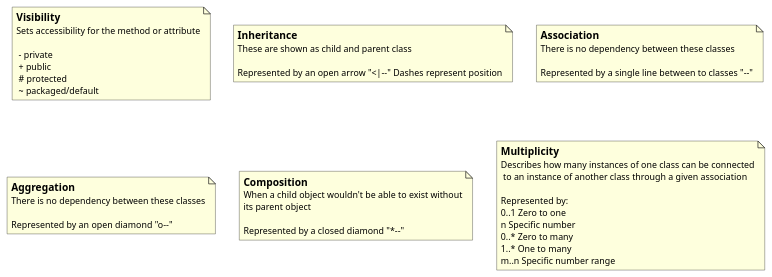
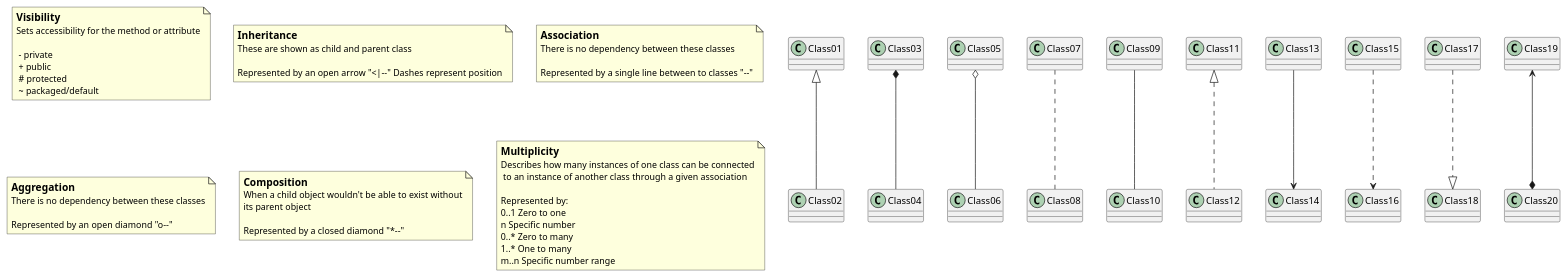
One commit to bradburp/guidos changed the diagram in src/main/resources/uml/UMLTypesAndExamples.puml. Above: the diagram before and after it, drawn with PlantUML.

```diff
--- a/src/main/resources/uml/UMLTypesAndExamples.puml
+++ b/src/main/resources/uml/UMLTypesAndExamples.puml
@@ -4,55 +4,67 @@
 @startuml
+
+Class01 <|-- Class02
+Class03 *-- Class04
+Class05 o-- Class06
+Class07 .. Class08
+Class09 -- Class10
+
+Class11 <|.. Class12
+Class13 --> Class14
+Class15 ..> Class16
+Class17 ..|> Class18
+Class19 <--* Class20
 
 note as Visibility
 <size:15><b>Visibility
 Sets accessibility for the method or attribute
 
  - private
  + public
  # protected
  ~ packaged/default
 end note
 
 note as Inheritance
 <size:15><b>Inheritance
 These are shown as child and parent class
 
 Represented by an open arrow "<|--" Dashes represent position
 end note
 
 note as Association
 <size:15><b>Association
 There is no dependency between these classes
 
 Represented by a single line between to classes "--"
 end note
 
 note as Aggregation
 <size:15><b>Aggregation
 There is no dependency between these classes
 
 Represented by an open diamond "o--"
 end note
 
 note as Composition
 <size:15><b>Composition
 When a child object wouldn't be able to exist without
 its parent object
 
 Represented by a closed diamond "*--"
 end note
 
 note as Multiplicity
 <size:15><b>Multiplicity
 Describes how many instances of one class can be connected
  to an instance of another class through a given association
 
 Represented by:
 0..1 Zero to one
 n Specific number
 0..* Zero to many
 1..* One to many
 m..n Specific number range
 end note
 
 @enduml
```
